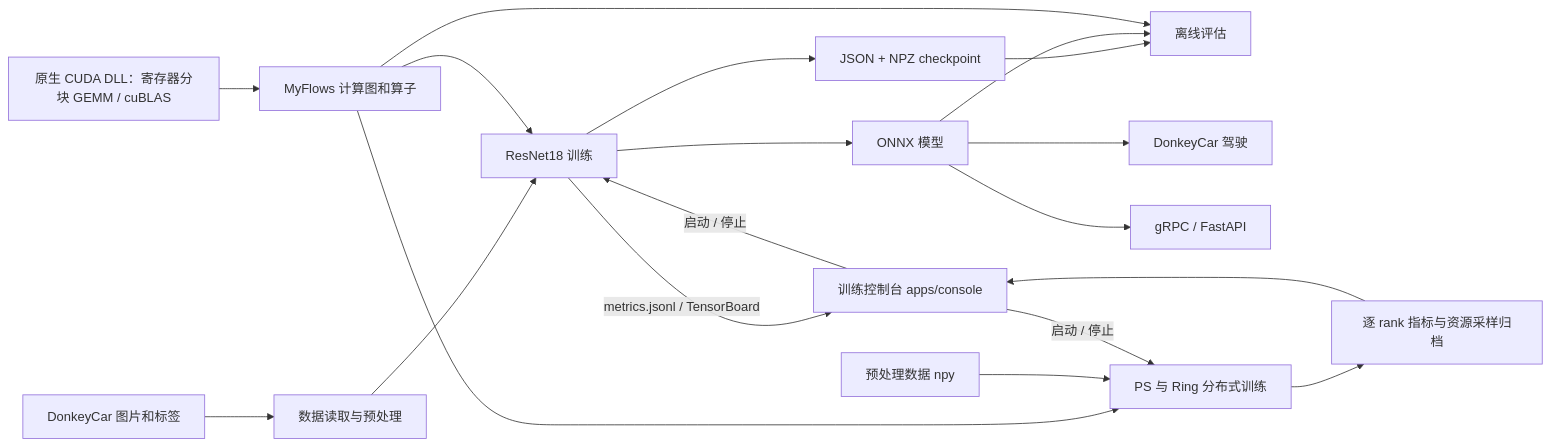
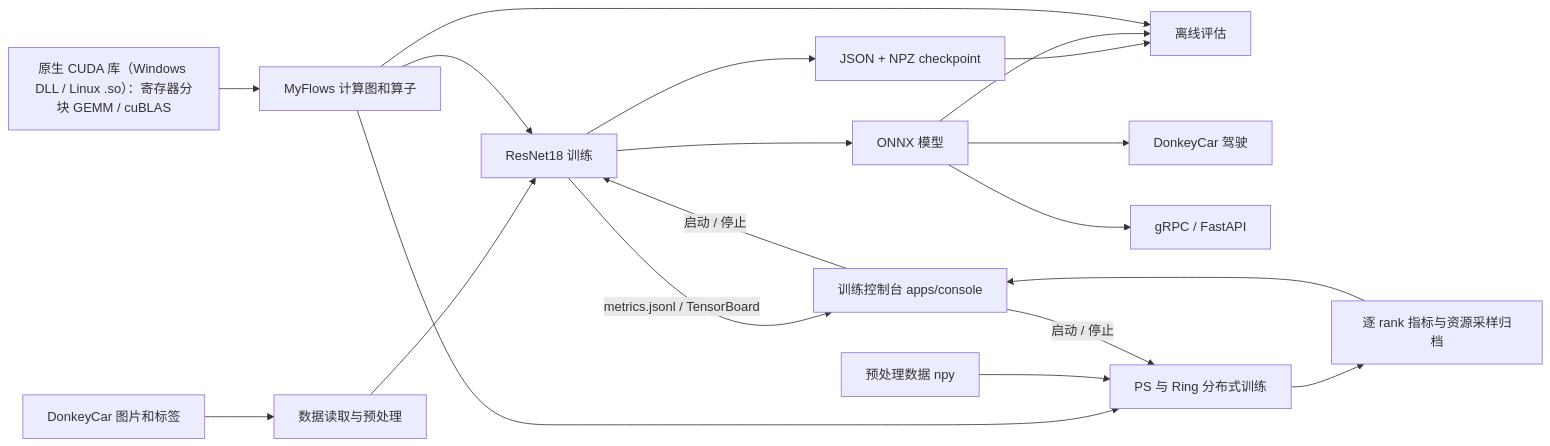
Before and after one commit to FGH-sudo/myflows-donkeycar: the first of 4 diagrams in docs/system_design.md, drawn with Mermaid. The commit also changed other lines of this file and 35 other files, not shown here.

```diff
--- a/docs/system_design.md
+++ b/docs/system_design.md
@@ -18,21 +18,21 @@
 ~~~mermaid
 flowchart LR
   data[DonkeyCar 图片和标签] --> common[数据读取与预处理]
   common --> train[ResNet18 训练]
   train --> checkpoint[JSON + NPZ checkpoint]
   train --> onnx[ONNX 模型]
   checkpoint --> eval[离线评估]
   onnx --> eval
   onnx --> pilot[DonkeyCar 驾驶]
   onnx --> serve[gRPC / FastAPI]
   framework[MyFlows 计算图和算子] --> train
   framework --> eval
-  native[原生 CUDA DLL：寄存器分块 GEMM / cuBLAS] --> framework
+  native[原生 CUDA 库（Windows DLL / Linux .so）：寄存器分块 GEMM / cuBLAS] --> framework
   framework --> dist[PS 与 Ring 分布式训练]
   prepared[预处理数据 npy] --> dist
   dist --> archive[逐 rank 指标与资源采样归档]
   console[训练控制台 apps/console] -->|启动 / 停止| dist
   console -->|启动 / 停止| train
   archive --> console
   train -->|metrics.jsonl / TensorBoard| console
 ~~~
```
